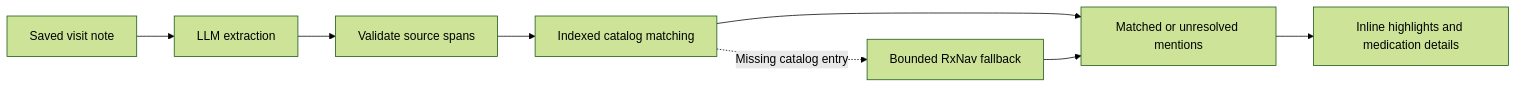
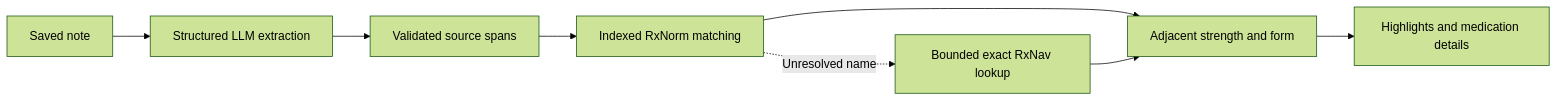
Before and after one commit to nodegraph/interview-fullstack: the diagram in SOLUTION.md, drawn with Mermaid (forest theme). The commit also changed other lines of this file and 30 other files, not shown here.

First line of the commit message:
Add comprehensive tests for medication analysis and fallback mechanisms

````diff
--- a/SOLUTION.md
+++ b/SOLUTION.md
@@ -62,10 +37,10 @@
 ```mermaid
 flowchart LR
-    A[Saved visit note] --> B[LLM extraction]
-    B --> C[Validate source spans]
-    C --> D[Indexed catalog matching]
-    D --> E[Matched or unresolved mentions]
-    D -. Missing catalog entry .-> F[Bounded RxNav fallback]
-    F --> E
-    E --> G[Inline highlights and medication details]
+    Note[Saved note] --> Extract[Structured LLM extraction]
+    Extract --> Anchor[Validated source spans]
+    Anchor --> Index[Indexed RxNorm matching]
+    Index --> Details[Adjacent strength and form]
+    Index -. Unresolved name .-> RxNav[Bounded exact RxNav lookup]
+    RxNav --> Details
+    Details --> UI[Highlights and medication details]
 ```
````
